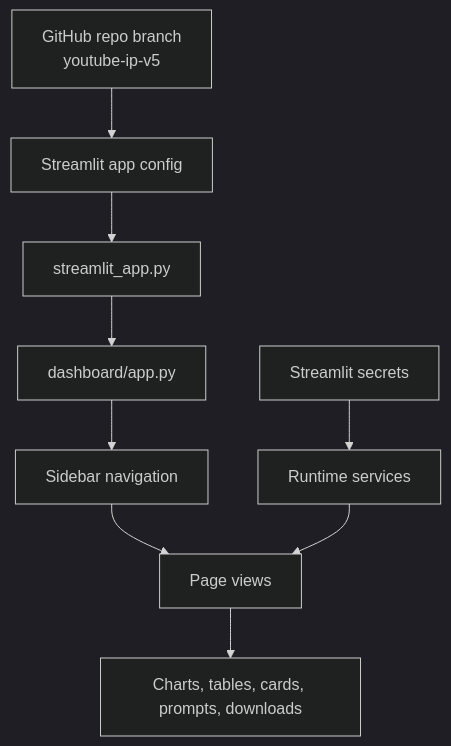
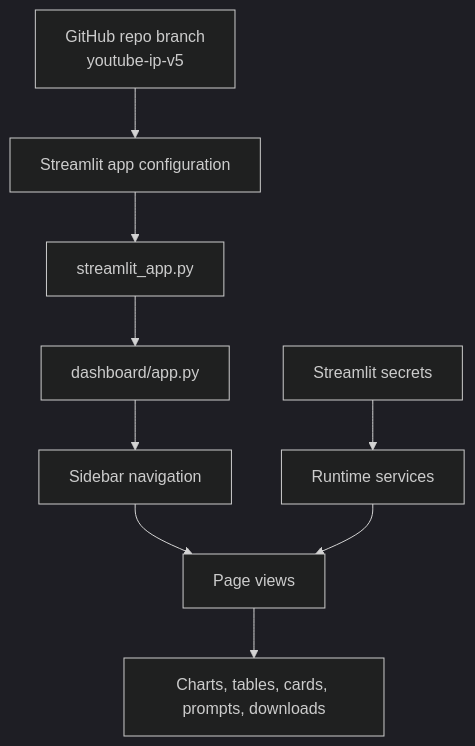
The second of 5 diagrams in docs/DEPLOYMENT_AND_VERSIONS.md (AsherJ07/purdue-youtube-ip-new), drawn with Mermaid (dark theme) before and after one commit. The commit also changed other lines of this file and 3 other files, not shown here.

````diff
--- a/docs/DEPLOYMENT_AND_VERSIONS.md
+++ b/docs/DEPLOYMENT_AND_VERSIONS.md
@@ -25,11 +84,11 @@
 ```mermaid
 flowchart TD
-    A["GitHub repo branch<br/>youtube-ip-v5"] --> B["Streamlit app config"]
+    A["GitHub repo branch<br/>youtube-ip-v5"] --> B["Streamlit app configuration"]
     B --> C["streamlit_app.py"]
     C --> D["dashboard/app.py"]
     D --> E["Sidebar navigation"]
     E --> F["Page views"]
     G["Streamlit secrets"] --> H["Runtime services"]
     H --> F
     F --> I["Charts, tables, cards, prompts, downloads"]
 ```
````
